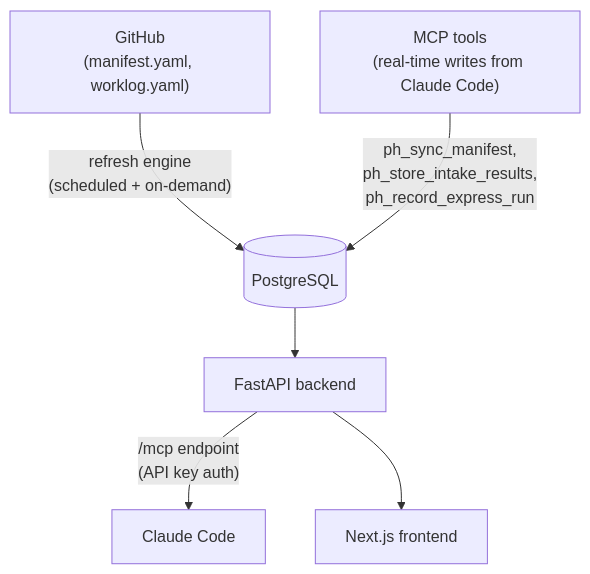
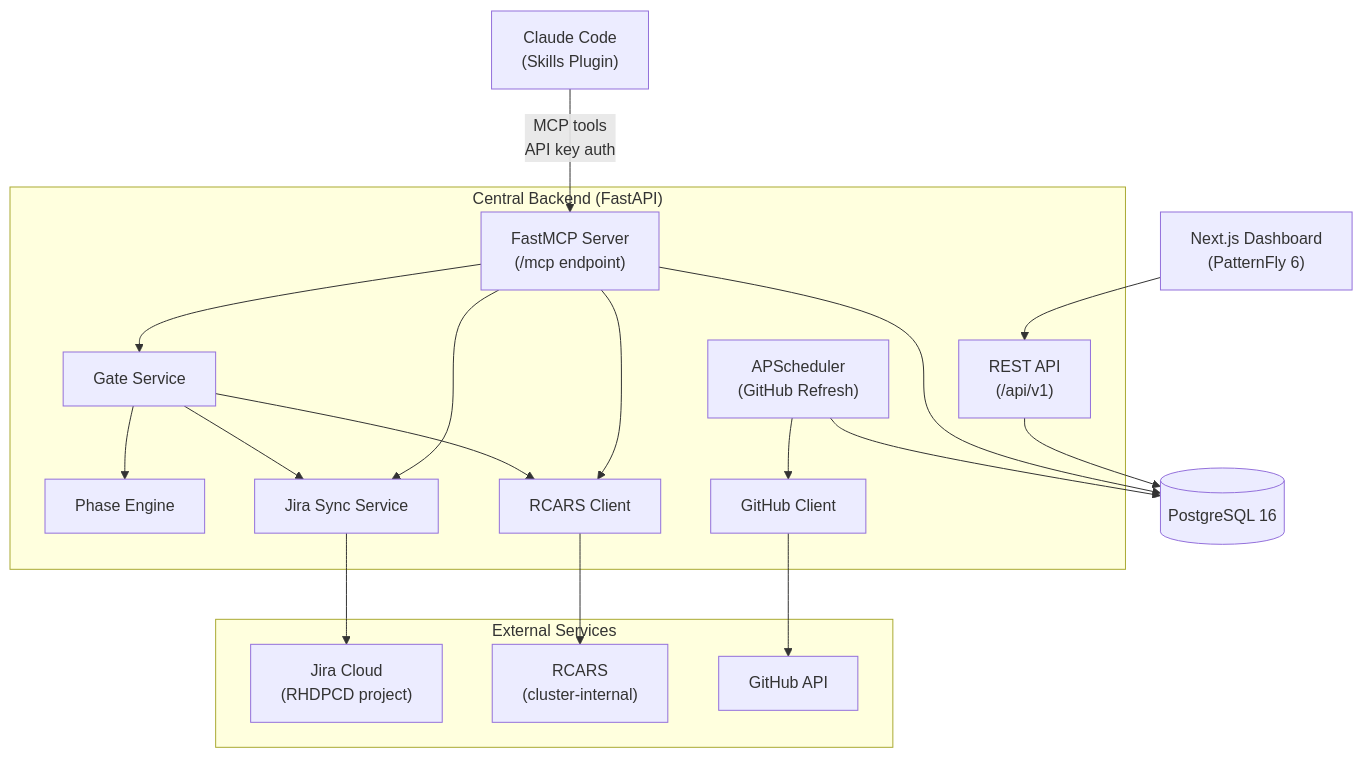
Before and after one commit to treddy08/rhdp-publishing-house: the diagram in docs/architecture/central.md, drawn with Mermaid. The commit also changed other lines of this file and 21 other files, not shown here.

````diff
--- a/docs/architecture/central.md
+++ b/docs/architecture/central.md
@@ -9,8 +14,37 @@
 ```mermaid
 graph TD
-    GH["GitHub<br/>(manifest.yaml, worklog.yaml)"] -->|"refresh engine<br/>(scheduled + on-demand)"| PG[(PostgreSQL)]
-    MCP["MCP tools<br/>(real-time writes from Claude Code)"] -->|"ph_sync_manifest,<br/>ph_store_intake_results,<br/>ph_record_express_run"| PG
-    PG --> BE["FastAPI backend"]
-    BE -->|"/mcp endpoint<br/>(API key auth)"| CC[Claude Code]
-    BE --> FE["Next.js frontend"]
+    CC["Claude Code<br/>(Skills Plugin)"] -->|"MCP tools<br/>API key auth"| MCP
+
+    subgraph Central["Central Backend (FastAPI)"]
+        MCP["FastMCP Server<br/>(/mcp endpoint)"]
+        GS["Gate Service"]
+        PE["Phase Engine"]
+        JS["Jira Sync Service"]
+        RC["RCARS Client"]
+        GH["GitHub Client"]
+        REST["REST API<br/>(/api/v1)"]
+        SCHED["APScheduler<br/>(GitHub Refresh)"]
+
+        MCP --> GS
+        MCP --> RC
+        MCP --> JS
+        GS --> PE
+        GS --> JS
+        GS --> RC
+        SCHED --> GH
+    end
+
+    subgraph External["External Services"]
+        JIRA["Jira Cloud<br/>(RHDPCD project)"]
+        RCARS["RCARS<br/>(cluster-internal)"]
+        GHAPI["GitHub API"]
+    end
+
+    GH --> GHAPI
+    RC --> RCARS
+    JS --> JIRA
+    REST --> DB[(PostgreSQL 16)]
+    MCP --> DB
+    SCHED --> DB
+    FE["Next.js Dashboard<br/>(PatternFly 6)"] --> REST
 ```
````
